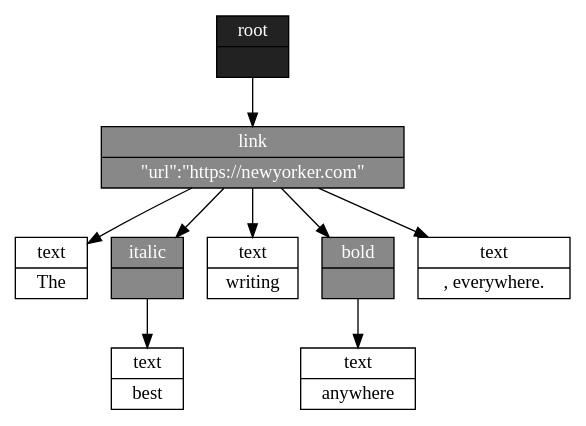
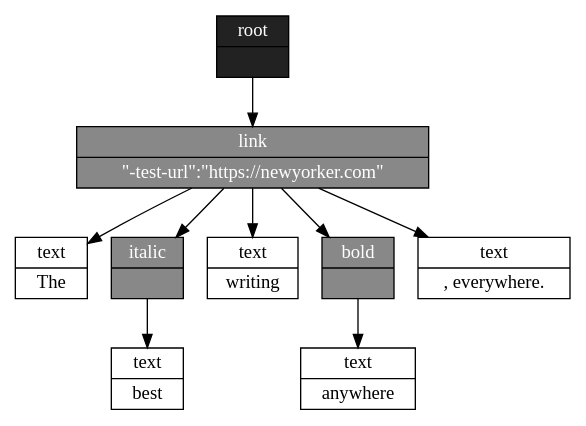
The diagram in packages/@atjson/renderer-graphviz/example.dot (CondeNast/atjson), drawn with Graphviz before and after one commit. The commit also changed 30 other files, not shown here.

```diff
--- a/packages/@atjson/renderer-graphviz/example.dot
+++ b/packages/@atjson/renderer-graphviz/example.dot
@@ -1,20 +1,20 @@
 digraph atjson{
   node [shape=record];
   root1 [label="{root|{}}" style=filled fillcolor="#222222" fontcolor="#FFFFFF"];
-  link2 [label="{link|{\"url\":\"https://newyorker.com\"}}" style=filled fillcolor="#888888" fontcolor="#FFFFFF"];
+  link2 [label="{link|{\"-test-url\":\"https://newyorker.com\"}}" style=filled fillcolor="#888888" fontcolor="#FFFFFF"];
   text3 [label="{text|The }" style=filled fillcolor="#FFFFFF" fontcolor="#000000"];
   italic4 [label="{italic|{}}" style=filled fillcolor="#888888" fontcolor="#FFFFFF"];
   text5 [label="{text|best}" style=filled fillcolor="#FFFFFF" fontcolor="#000000"];
   text6 [label="{text| writing }" style=filled fillcolor="#FFFFFF" fontcolor="#000000"];
   bold7 [label="{bold|{}}" style=filled fillcolor="#888888" fontcolor="#FFFFFF"];
   text8 [label="{text|anywhere}" style=filled fillcolor="#FFFFFF" fontcolor="#000000"];
   text9 [label="{text|, everywhere.}" style=filled fillcolor="#FFFFFF" fontcolor="#000000"];
   link2 -> text3;
   italic4 -> text5;
   link2 -> italic4;
   link2 -> text6;
   bold7 -> text8;
   link2 -> bold7;
   link2 -> text9;
   root1 -> link2;
 }
```
